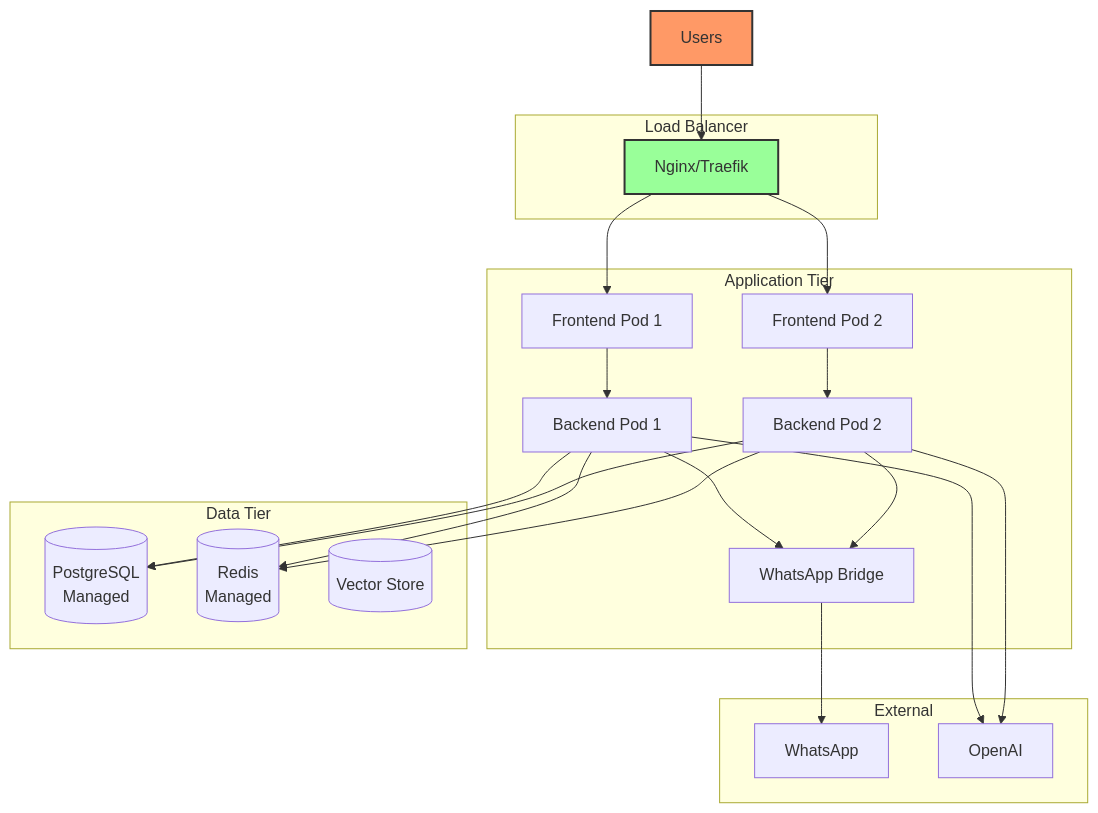
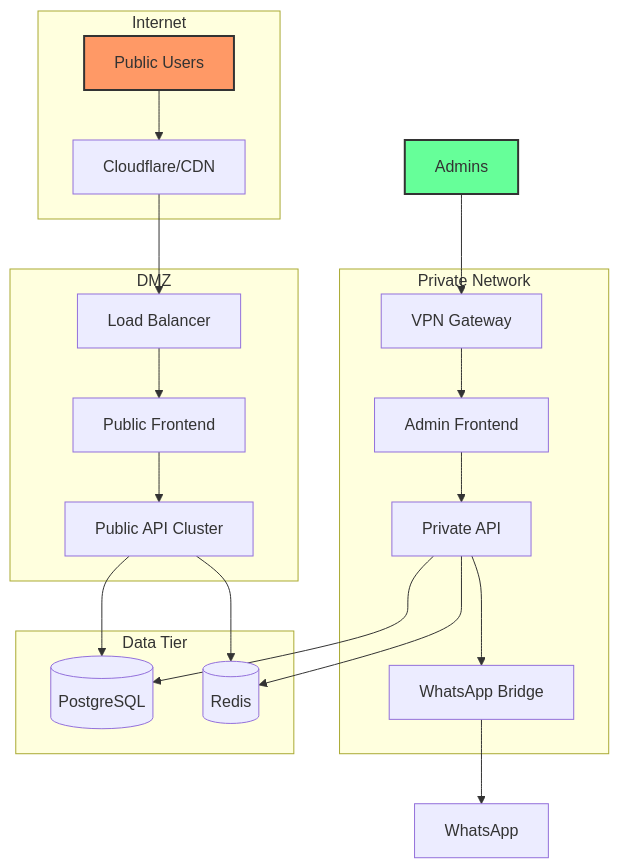
Before and after one commit to tonylampada/zapa: the tenth of 11 diagrams in architecture.md, drawn with Mermaid. The commit also changed other lines of this file, not shown here.

First line of the commit message:
Revise architecture for dual FastAPI services design

````diff
--- a/architecture.md
+++ b/architecture.md
@@ -327,43 +363,45 @@
 ```mermaid
 graph TB
-    subgraph "Load Balancer"
-        LB[Nginx/Traefik]
+    subgraph "Internet"
+        USERS[Public Users]
+        CF[Cloudflare/CDN]
     end
     
-    subgraph "Application Tier"
-        FE1[Frontend Pod 1]
-        FE2[Frontend Pod 2]
-        BE1[Backend Pod 1]
-        BE2[Backend Pod 2]
-        WB1[WhatsApp Bridge]
+    subgraph "DMZ"
+        LB[Load Balancer]
+        PUB_FE[Public Frontend]
+        PUB_API[Public API Cluster]
+    end
+    
+    subgraph "Private Network"
+        PRIV_FE[Admin Frontend]
+        PRIV_API[Private API]
+        WB[WhatsApp Bridge]
+        VPN[VPN Gateway]
     end
     
     subgraph "Data Tier"
-        DB[(PostgreSQL<br/>Managed)]
-        RD[(Redis<br/>Managed)]
-        VS[(Vector Store)]
+        DB[(PostgreSQL)]
+        RD[(Redis)]
     end
     
-    subgraph "External"
-        WA[WhatsApp]
-        OAI[OpenAI]
-    end
+    USERS --> CF
+    CF --> LB
+    LB --> PUB_FE
+    PUB_FE --> PUB_API
     
-    USERS[Users] --> LB
-    LB --> FE1
-    LB --> FE2
-    FE1 --> BE1
-    FE2 --> BE2
-    BE1 --> DB
-    BE2 --> DB
-    BE1 --> RD
-    BE2 --> RD
-    BE1 --> WB1
-    BE2 --> WB1
-    WB1 --> WA
-    BE1 --> OAI
-    BE2 --> OAI
+    ADMIN[Admins] --> VPN
+    VPN --> PRIV_FE
+    PRIV_FE --> PRIV_API
+    
+    PRIV_API --> WB
+    WB --> WA[WhatsApp]
+    
+    PUB_API --> DB
+    PRIV_API --> DB
+    PUB_API --> RD
+    PRIV_API --> RD
     
     style USERS fill:#f96,stroke:#333,stroke-width:2px
-    style LB fill:#9f9,stroke:#333,stroke-width:2px
+    style ADMIN fill:#6f9,stroke:#333,stroke-width:2px
 ```
````
